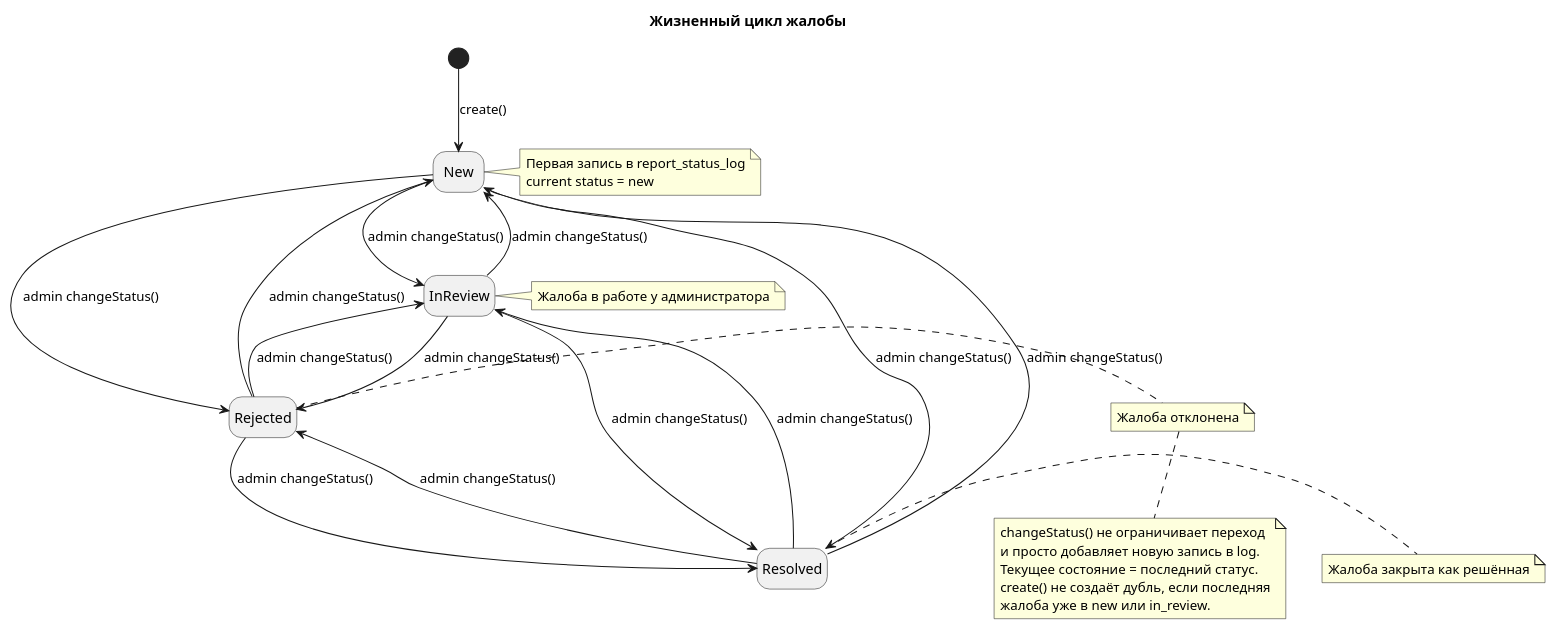
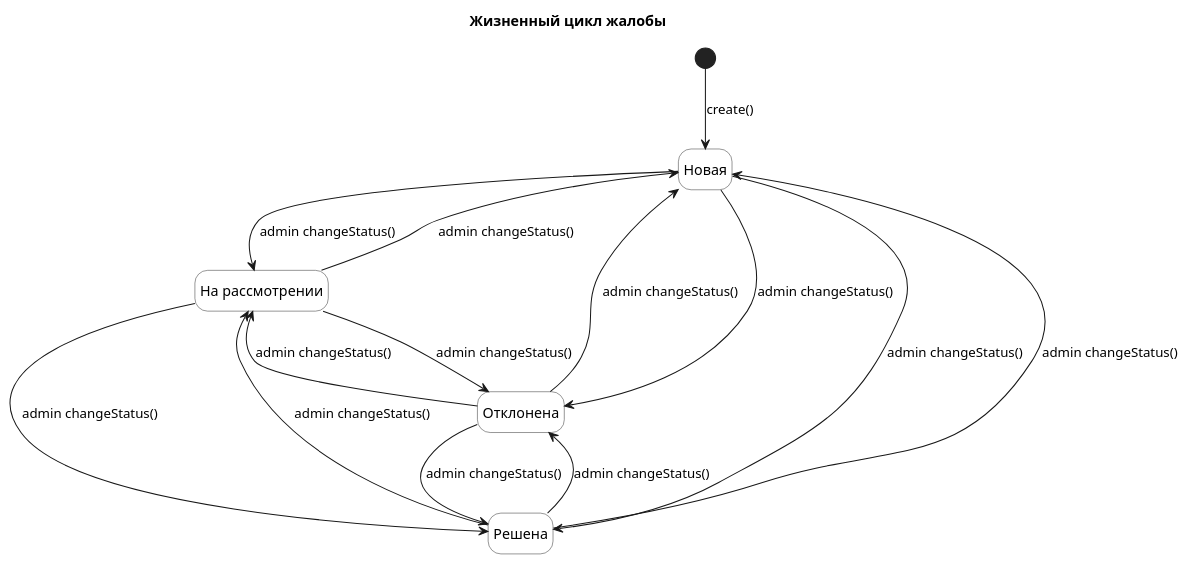
Before and after one commit to nifle3/diplom_work: the diagram in docs/state/03_report_lifecycle.puml, drawn with PlantUML. The commit also changed 3 other files, not shown here.

```diff
--- a/docs/state/03_report_lifecycle.puml
+++ b/docs/state/03_report_lifecycle.puml
@@ -1,57 +1,36 @@
 @startuml 03_report_lifecycle
 title Жизненный цикл жалобы
 
 hide empty description
+skinparam state {
+  BackgroundColor White
+  BorderColor #333333
+}
 
 [*] --> New : create()
 
-state New
+state "Новая" as New
 
-note right of New
-  Первая запись в report_status_log
-  current status = new
-end note
+state "На рассмотрении" as InReview
 
-state InReview
+state "Решена" as Resolved
 
-note right of InReview
-  Жалоба в работе у администратора
-end note
-
-state Resolved
-
-note right of Resolved
-  Жалоба закрыта как решённая
-end note
-
-state Rejected
-
-note right of Rejected
-  Жалоба отклонена
-end note
+state "Отклонена" as Rejected
 
 New --> InReview : admin changeStatus()
 New --> Resolved : admin changeStatus()
 New --> Rejected : admin changeStatus()
 
 InReview --> New : admin changeStatus()
 InReview --> Resolved : admin changeStatus()
 InReview --> Rejected : admin changeStatus()
 
 Resolved --> New : admin changeStatus()
 Resolved --> InReview : admin changeStatus()
 Resolved --> Rejected : admin changeStatus()
 
 Rejected --> New : admin changeStatus()
 Rejected --> InReview : admin changeStatus()
 Rejected --> Resolved : admin changeStatus()
 
-note bottom
-  changeStatus() не ограничивает переход
-  и просто добавляет новую запись в log.
-  Текущее состояние = последний статус.
-  create() не создаёт дубль, если последняя
-  жалоба уже в new или in_review.
-end note
-
 @enduml
```
